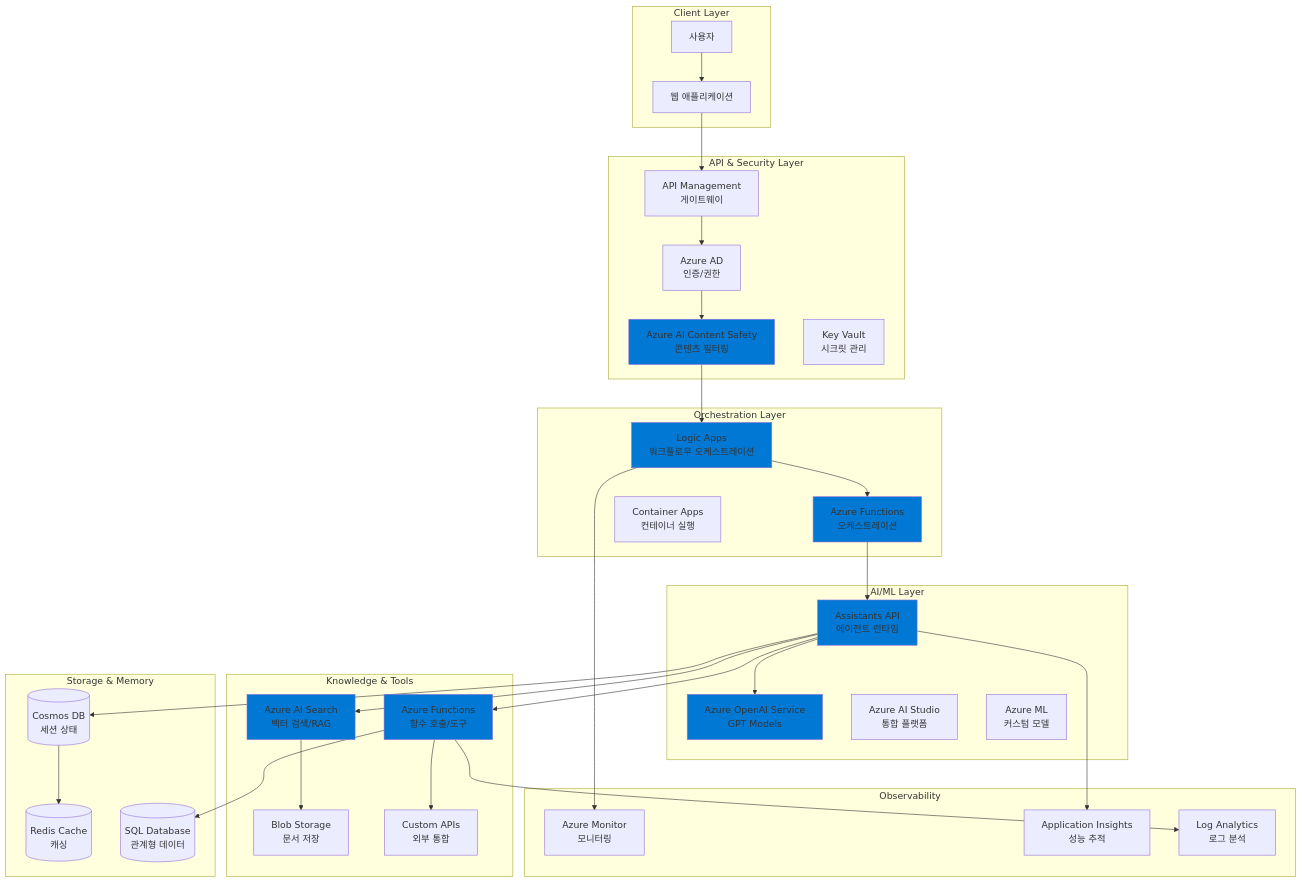
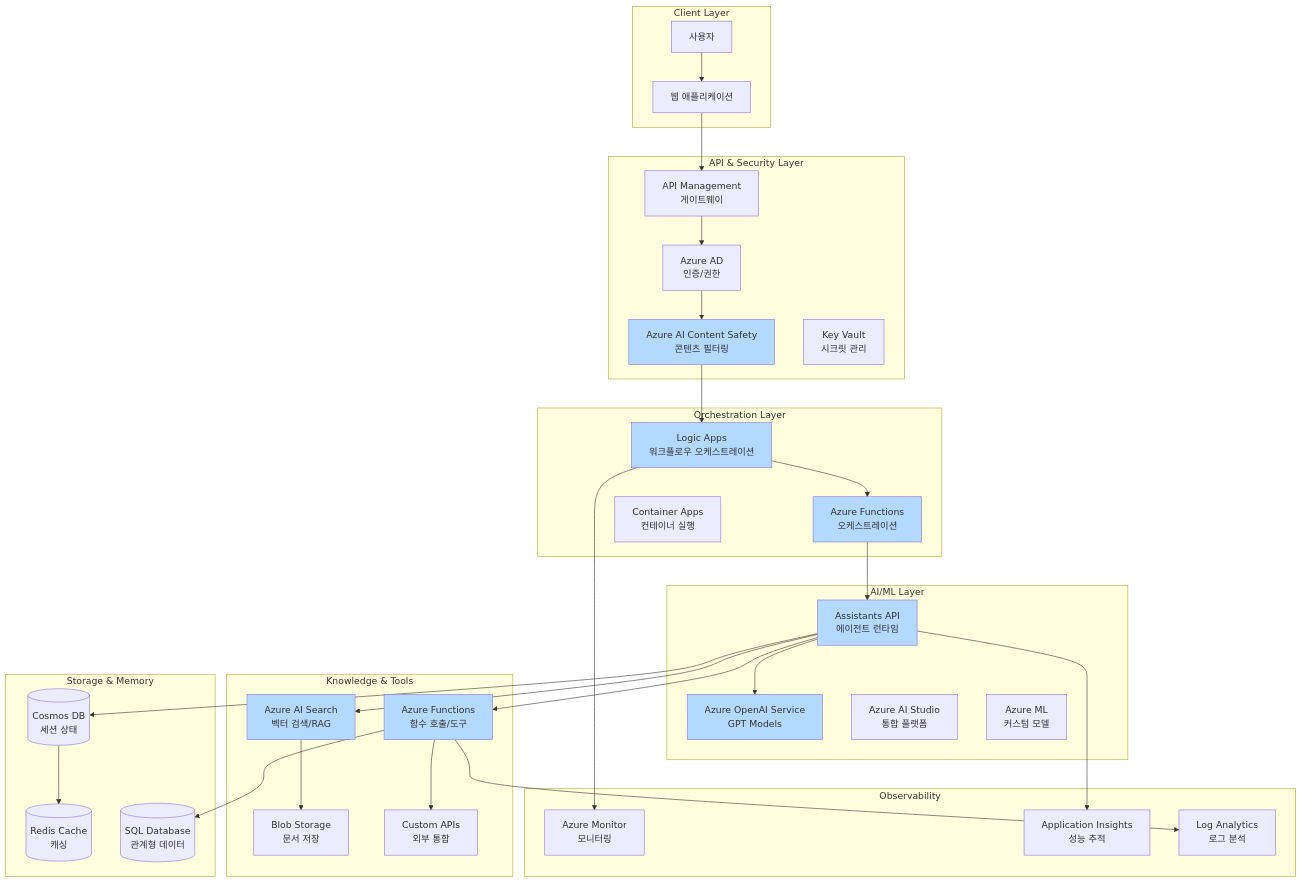
The first of 3 diagrams in Agent_Architecture/Azure/Azure_AI_Agent_Architecture_Best_Practices.md (skax-hisover/AI-Agent-Architecture), drawn with Mermaid before and after one commit. The commit also changed 2 other files, not shown here.

Commit message:
각 CSP별 AI Agent 아키텍처 구성도 업데이트

````diff
--- a/Agent_Architecture/Azure/Azure_AI_Agent_Architecture_Best_Practices.md
+++ b/Agent_Architecture/Azure/Azure_AI_Agent_Architecture_Best_Practices.md
@@ -320,73 +320,73 @@
 ```mermaid
 graph TB
     subgraph "Client Layer"
         User[사용자]
         WebApp[웹 애플리케이션]
     end
     
     subgraph "API & Security Layer"
         APIM[API Management<br/>게이트웨이]
         AAD[Azure AD<br/>인증/권한]
         ContentSafety[Azure AI Content Safety<br/>콘텐츠 필터링]
         KeyVault[Key Vault<br/>시크릿 관리]
     end
     
     subgraph "Orchestration Layer"
         LogicApps[Logic Apps<br/>워크플로우 오케스트레이션]
         FunctionsOrch[Azure Functions<br/>오케스트레이션]
         ContainerApps[Container Apps<br/>컨테이너 실행]
     end
     
     subgraph "AI/ML Layer"
         OpenAI[Azure OpenAI Service<br/>GPT Models]
         AIStudio[Azure AI Studio<br/>통합 플랫폼]
         Assistants[Assistants API<br/>에이전트 런타임]
         ML[Azure ML<br/>커스텀 모델]
     end
     
     subgraph "Knowledge & Tools"
         AISearch[Azure AI Search<br/>벡터 검색/RAG]
         BlobStorage[Blob Storage<br/>문서 저장]
         FunctionsTools[Azure Functions<br/>함수 호출/도구]
         CustomAPI[Custom APIs<br/>외부 통합]
     end
     
     subgraph "Storage & Memory"
         CosmosDB[(Cosmos DB<br/>세션 상태)]
         Redis[(Redis Cache<br/>캐싱)]
         SQL[(SQL Database<br/>관계형 데이터)]
     end
     
     subgraph "Observability"
         Monitor[Azure Monitor<br/>모니터링]
         AppInsights[Application Insights<br/>성능 추적]
         LogAnalytics[Log Analytics<br/>로그 분석]
     end
     
     User --> WebApp
     WebApp --> APIM
     APIM --> AAD
     AAD --> ContentSafety
     ContentSafety --> LogicApps
     LogicApps --> FunctionsOrch
     FunctionsOrch --> Assistants
     Assistants --> OpenAI
     Assistants --> AISearch
     Assistants --> FunctionsTools
     AISearch --> BlobStorage
     FunctionsTools --> CustomAPI
     Assistants --> CosmosDB
     CosmosDB --> Redis
     FunctionsTools --> SQL
     LogicApps --> Monitor
     Assistants --> AppInsights
     FunctionsTools --> LogAnalytics
     
-    style OpenAI fill:#0078D4
-    style Assistants fill:#0078D4
-    style AISearch fill:#0078D4
-    style ContentSafety fill:#0078D4
-    style LogicApps fill:#0078D4
-    style FunctionsOrch fill:#0078D4
-    style FunctionsTools fill:#0078D4
+    style OpenAI fill:#B3D9FF
+    style Assistants fill:#B3D9FF
+    style AISearch fill:#B3D9FF
+    style ContentSafety fill:#B3D9FF
+    style LogicApps fill:#B3D9FF
+    style FunctionsOrch fill:#B3D9FF
+    style FunctionsTools fill:#B3D9FF
 ```
````
